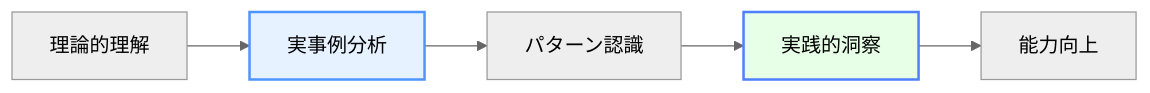
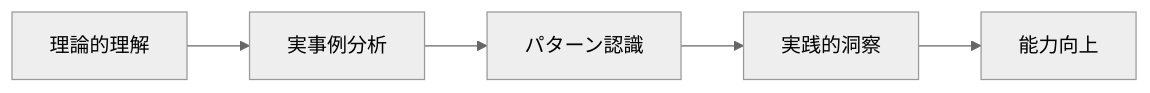
The diagram in docs/case-studies/index.md (shuji-bonji/Situational-Awareness-and-Decision-Making), drawn with Mermaid (neutral theme) before and after one commit. The commit also changed 49 other files, not shown here.

Commit message:
fix: ダークモードで見づらい図の色の変更

````diff
--- a/docs/case-studies/index.md
+++ b/docs/case-studies/index.md
@@ -15,10 +15,10 @@
 ```mermaid
 graph LR
     A[理論的理解] --> B[実事例分析]
     B --> C[パターン認識]
     C --> D[実践的洞察]
     D --> E[能力向上]
     
-    style B fill:#e6f2ff,stroke:#4d94ff,stroke-width:2px
-    style D fill:#e6ffe6,stroke:#4d7fff,stroke-width:2px
+
+
 ```
````
